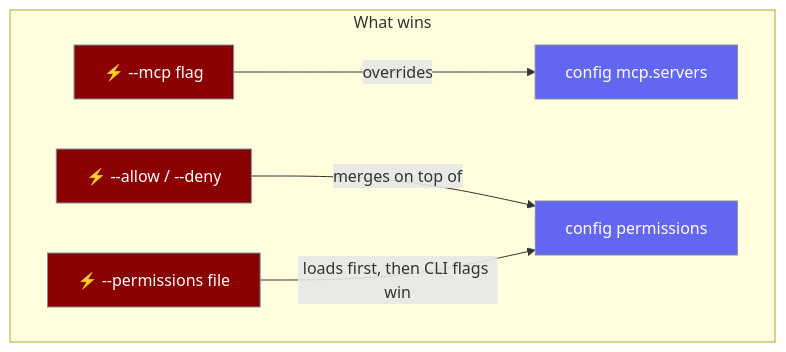
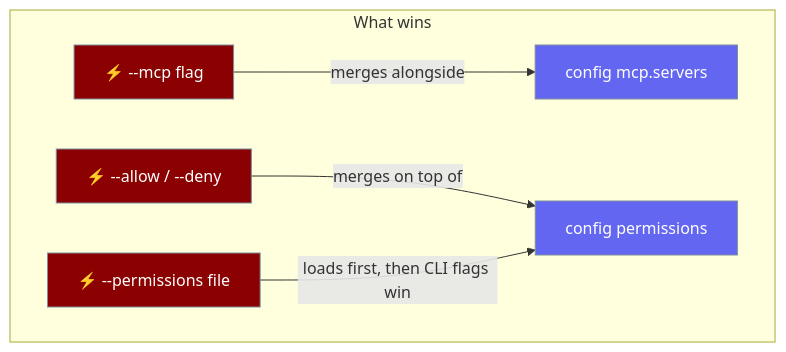
The third of 3 diagrams in docs/features/single-source-config.mdx (MervinPraison/PraisonAIDocs), drawn with Mermaid before and after one commit. The commit also changed other lines of this file, not shown here.

First line of the commit message:
Update single-source-config for multi-MCP wiring (PR #2311).

````diff
--- a/docs/features/single-source-config.mdx
+++ b/docs/features/single-source-config.mdx
@@ -165,14 +167,14 @@
 ```mermaid
 graph TB
     subgraph "What wins"
-        A[⚡ --mcp flag] -->|overrides| B[config mcp.servers]
+        A[⚡ --mcp flag] -->|merges alongside| B[config mcp.servers]
         C[⚡ --allow / --deny] -->|merges on top of| D[config permissions]
         E[⚡ --permissions file] -->|loads first, then CLI flags win| D
     end
 
     classDef cli fill:#8B0000,stroke:#7C90A0,color:#fff
     classDef cfg fill:#6366F1,stroke:#7C90A0,color:#fff
 
     class A,C,E cli
     class B,D cfg
 ```
````
